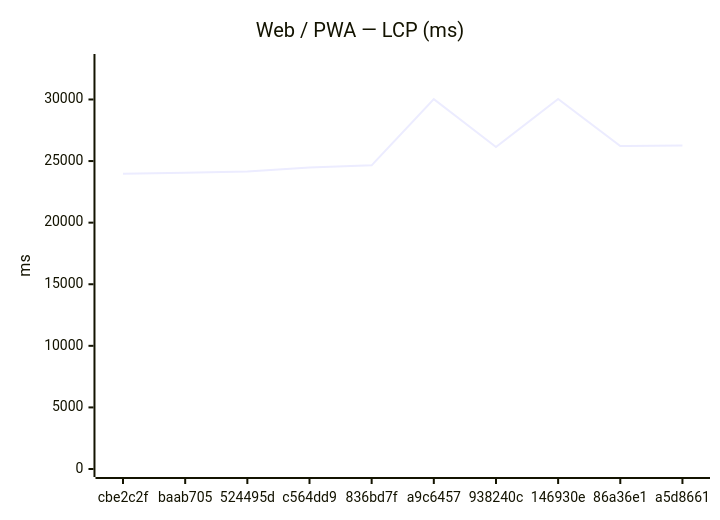
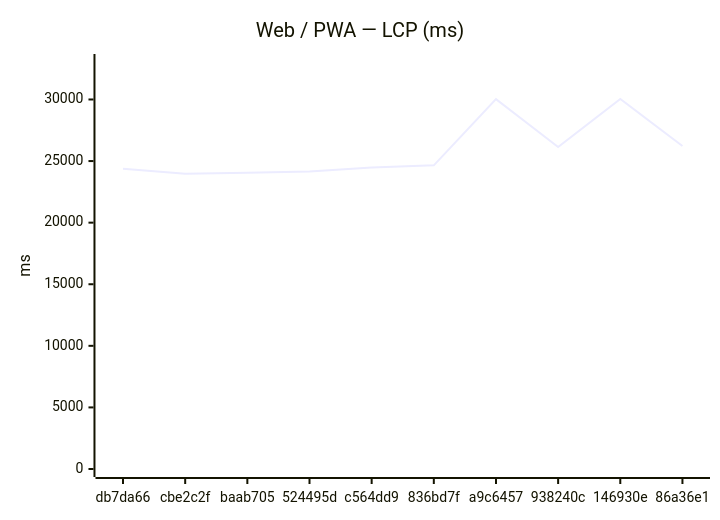
The first of 12 diagrams in benchmarks/compare.md (Metaheurist/Rianell), drawn with Mermaid before and after one commit. The commit also changed other lines of this file and 8 other files, not shown here.

````diff
--- a/benchmarks/compare.md
+++ b/benchmarks/compare.md
@@ -24,7 +24,7 @@
 ```mermaid
 xychart-beta
     title "Web / PWA — LCP (ms)"
-    x-axis ["cbe2c2f", "baab705", "524495d", "c564dd9", "836bd7f", "a9c6457", "938240c", "146930e", "86a36e1", "a5d8661"]
+    x-axis ["db7da66", "cbe2c2f", "baab705", "524495d", "c564dd9", "836bd7f", "a9c6457", "938240c", "146930e", "86a36e1"]
     y-axis "ms" 0 --> 33043
-    line [23980, 24058, 24158, 24475, 24652, 30029, 26143, 30039, 26222, 26258]
+    line [24380, 23980, 24058, 24158, 24475, 24652, 30029, 26143, 30039, 26222]
 ```
````
